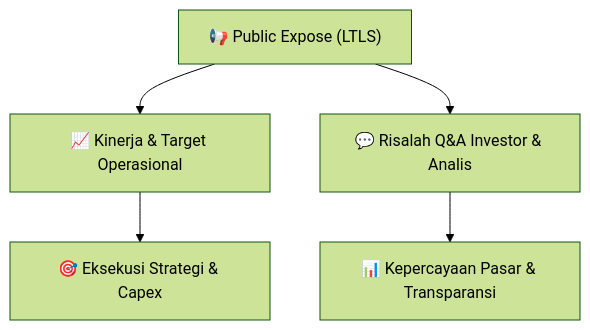
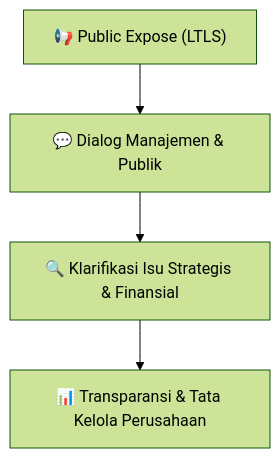
The diagram in Finplan_analyst/knowledge-base/public-exposes/hasil-pubex/LTLS_Public_Expose_20260910.md (anYoneo/alphadigest-idx), drawn with Mermaid (forest theme) before and after one commit. The commit also changed other lines of this file and 526 other files, not shown here.

````diff
--- a/Finplan_analyst/knowledge-base/public-exposes/hasil-pubex/LTLS_Public_Expose_20260910.md
+++ b/Finplan_analyst/knowledge-base/public-exposes/hasil-pubex/LTLS_Public_Expose_20260910.md
@@ -15,7 +54,6 @@
 ```mermaid
 flowchart TD
-    A["📢 Public Expose (LTLS)"] --> B["📈 Kinerja & Target Operasional"]
-    A --> C["💬 Risalah Q&A Investor & Analis"]
-    B --> D["🎯 Eksekusi Strategi & Capex"]
-    C --> E["📊 Kepercayaan Pasar & Transparansi"]
+    A["📢 Public Expose (LTLS)"] --> B["💬 Dialog Manajemen & Publik"]
+    B --> C["🔍 Klarifikasi Isu Strategis & Finansial"]
+    C --> D["📊 Transparansi & Tata Kelola Perusahaan"]
 ```
````
